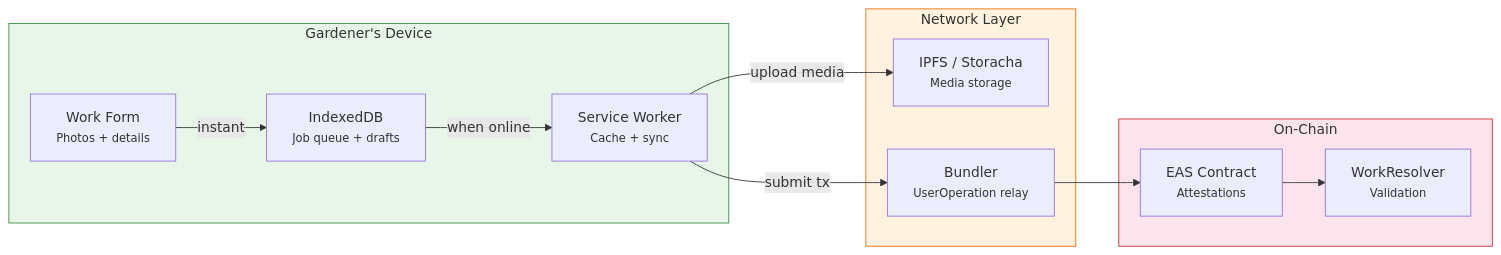
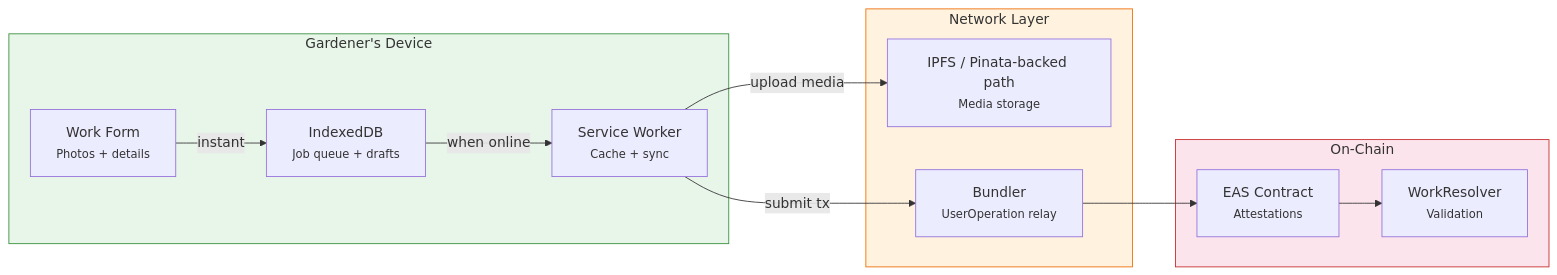
One commit to greenpill-dev-guild/green-goods changed the second of 3 diagrams in docs/docs/builders/architecture/local-vs-global.mdx. Above: the diagram before and after it, drawn with Mermaid. The commit also changed other lines of this file and 28 other files, not shown here.

````diff
--- a/docs/docs/builders/architecture/local-vs-global.mdx
+++ b/docs/docs/builders/architecture/local-vs-global.mdx
@@ -79,29 +79,29 @@
 ```mermaid
 graph LR
     subgraph Device["Gardener's Device"]
         Form["Work Form<br/><small>Photos + details</small>"]
         IDB["IndexedDB<br/><small>Job queue + drafts</small>"]
         SWC["Service Worker<br/><small>Cache + sync</small>"]
     end
 
     subgraph Network["Network Layer"]
-        IPFS["IPFS / Storacha<br/><small>Media storage</small>"]
+        IPFS["IPFS / Pinata-backed path<br/><small>Media storage</small>"]
         Bundler["Bundler<br/><small>UserOperation relay</small>"]
     end
 
     subgraph Chain["On-Chain"]
         EAS["EAS Contract<br/><small>Attestations</small>"]
         Resolver["WorkResolver<br/><small>Validation</small>"]
     end
 
     Form -->|instant| IDB
     IDB -->|when online| SWC
     SWC -->|upload media| IPFS
     SWC -->|submit tx| Bundler
     Bundler --> EAS
     EAS --> Resolver
 
     style Device fill:#e8f5e9,stroke:#388e3c
     style Network fill:#fff3e0,stroke:#ef6c00
     style Chain fill:#fce4ec,stroke:#c62828
 ```
````
